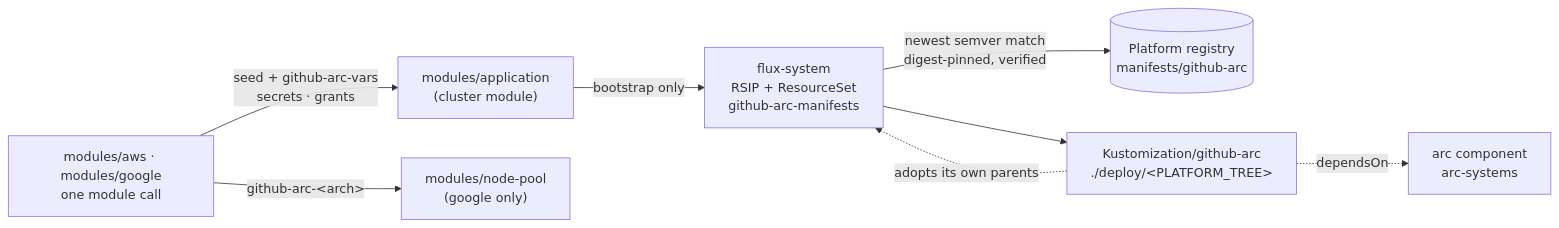
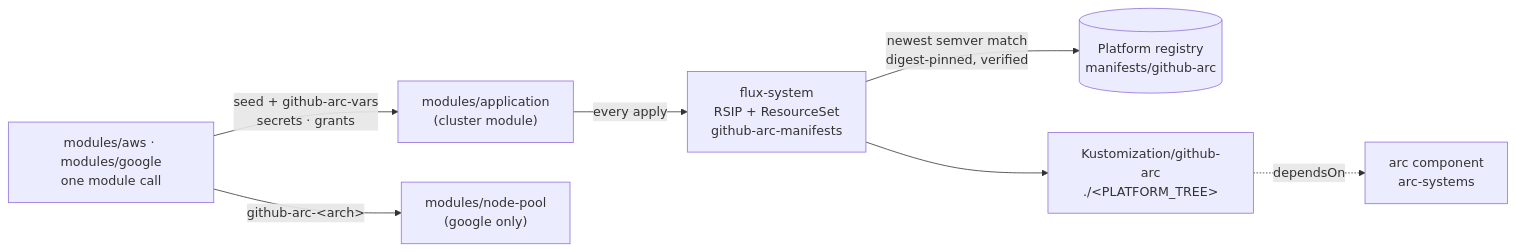
One commit to bitwise-media-group/github-arc-app-manifests changed the diagram in docs/getting-started/index.md. Above: the diagram before and after it, drawn with Mermaid. The commit also changed other lines of this file and 43 other files, not shown here.

````diff
--- a/docs/getting-started/index.md
+++ b/docs/getting-started/index.md
@@ -44,17 +44,16 @@
 ```mermaid
 flowchart LR
   tf["modules/aws · modules/google<br/>one module call"]
   app["modules/application<br/>(cluster module)"]
   pools["modules/node-pool<br/>(google only)"]
   img[("Platform registry<br/>manifests/github-arc")]
   flux["flux-system<br/>RSIP + ResourceSet<br/>github-arc-manifests"]
-  ks["Kustomization/github-arc<br/>./deploy/&lt;PLATFORM_TREE&gt;"]
+  ks["Kustomization/github-arc<br/>./&lt;PLATFORM_TREE&gt;"]
   arc["arc component<br/>arc-systems"]
   tf -- "seed + github-arc-vars<br/>secrets · grants" --> app
   tf -- "github-arc-&lt;arch&gt;" --> pools
-  app -- "bootstrap only" --> flux
+  app -- "every apply" --> flux
   flux -- "newest semver match<br/>digest-pinned, verified" --> img
   flux --> ks
   ks -. "dependsOn" .-> arc
-  ks -. "adopts its own parents" .-> flux
 ```
````
